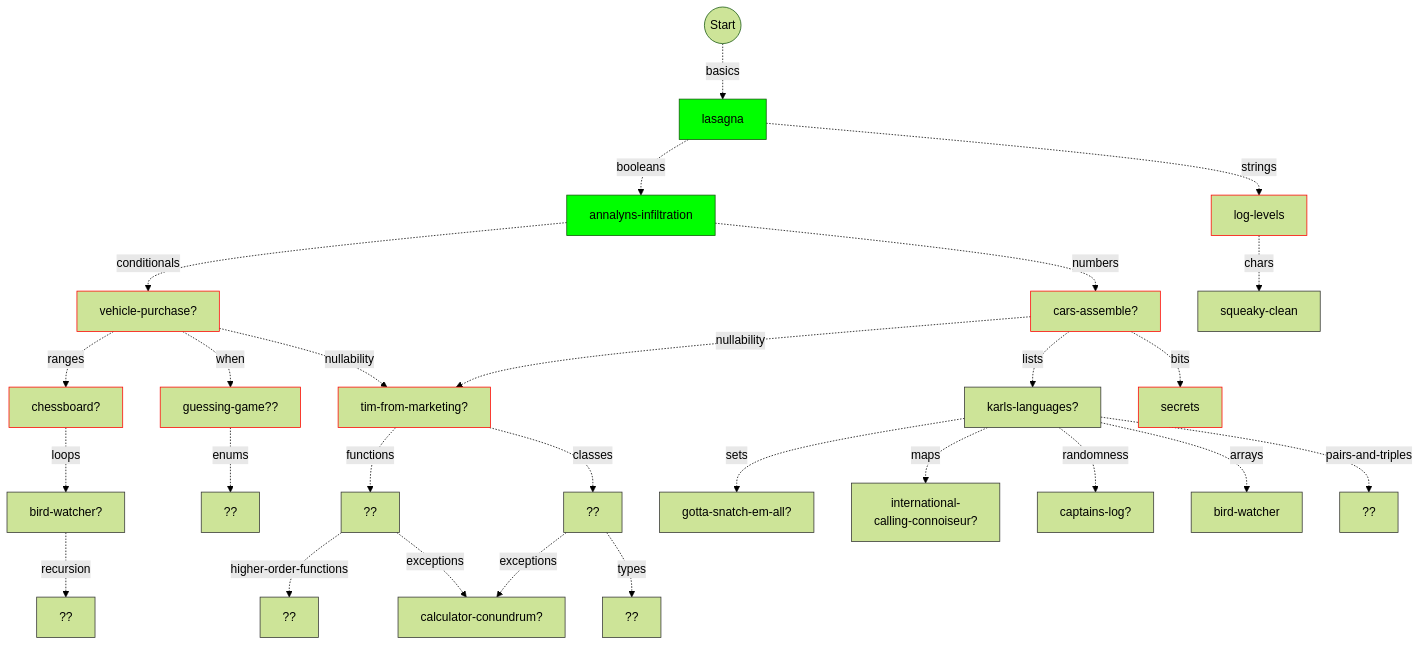
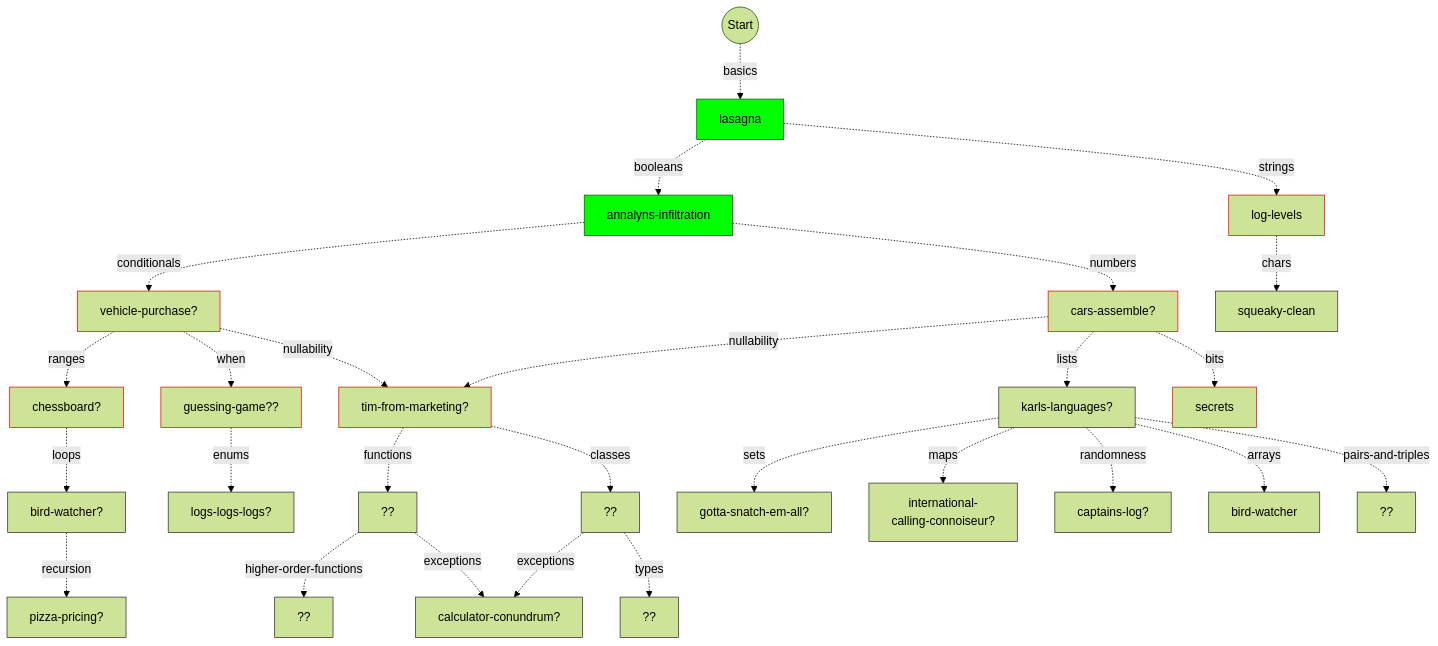
One commit to colinleach/learning-track-doodles changed the diagram in kotlin/flowchart.md. Above: the diagram before and after it, drawn with Mermaid (forest theme).

Commit message:
flowchart

````diff
--- a/kotlin/flowchart.md
+++ b/kotlin/flowchart.md
@@ -13,79 +13,79 @@
 ```mermaid
 graph TD
     
 start(("Start")) -.basics.-> basics["lasagna"]
 style basics fill:#0f0
 
 basics -.booleans.-> booleans["annalyns-infiltration"]
 style booleans fill:#0f0
 
 basics -.strings.-> strings["log-levels"]
 style strings stroke:#f00
 
 strings -.chars.-> chars["squeaky-clean"]
 style chars stroke:#333
 
 booleans -.conditionals.-> conditionals["vehicle-purchase?"]
 style conditionals stroke:#f00
 
 booleans -.numbers.-> numbers["cars-assemble?"]
 style numbers stroke:#f00
 
 conditionals -.ranges.-> ranges["chessboard?"]
 style ranges stroke:#f00
 
 ranges -.loops.-> loops["bird-watcher?"]
 style loops stroke:#333
 
 conditionals -.when.-> when["guessing-game??"]
 style when stroke:#f00
 
 conditionals -.nullability.-> nullability["tim-from-marketing?"]
 numbers -.nullability.-> nullability["tim-from-marketing?"]
 style nullability stroke:#f00
 
 numbers -.lists.-> lists["karls-languages?"]
 style lists stroke:#333
 
 lists -.sets.-> sets["gotta-snatch-em-all?"]
 style sets stroke:#333
 
 lists -.maps.-> maps["international-<br/>calling-connoiseur?"]
 style maps stroke:#333
 
 lists -.randomness.-> randomness["captains-log?"]
 style randomness stroke:#333
 
 numbers -.bits.-> bits["secrets"]
 style bits stroke:#f00
 
-when -.enums.-> enums["??"]
+when -.enums.-> enums["logs-logs-logs?"]
 style enums stroke:#333
 
 lists -.arrays.-> arrays["bird-watcher"]
 style arrays stroke:#333
 
 lists -.pairs-and-triples.-> pairs-and-triples["??"]
 style pairs-and-triples stroke:#333
 
-loops -.recursion.-> recursion["??"]
+loops -.recursion.-> recursion["pizza-pricing?"]
 style recursion stroke:#333
 
 nullability -.functions.-> functions["??"]
 style functions stroke:#333
 
 functions -.higher-order-functions.-> higher-order-functions["??"]
 style higher-order-functions stroke:#333
 
 functions -.exceptions.-> exceptions["calculator-conundrum?"]
 classes -.exceptions.-> exceptions["calculator-conundrum?"]
 style exceptions stroke:#333
 
 nullability -.classes.-> classes["??"]
 style classes stroke:#333
 
 classes -.types.-> types["??"]
 style types stroke:#333
 
 
 ```
````
